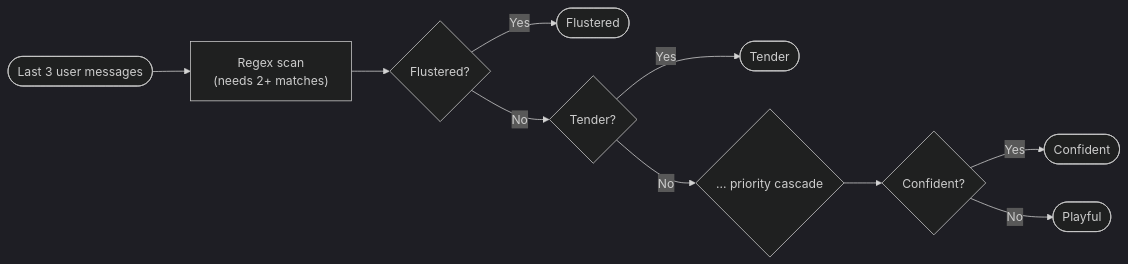
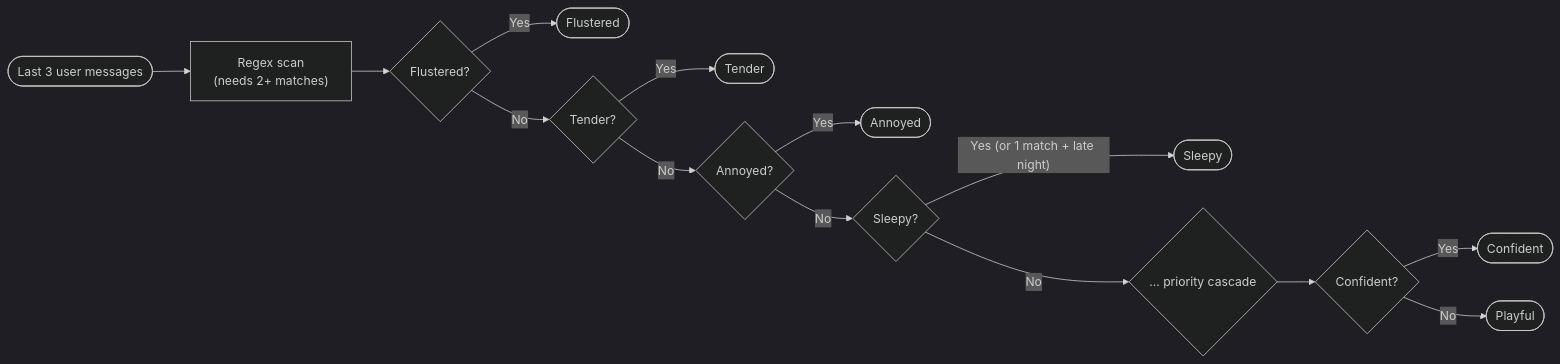
Before and after one commit to AlaskanTuna/rokabot: the sixth of 7 diagrams in README.md, drawn with Mermaid (dark theme). The commit also changed other lines of this file and 3 other files, not shown here.

Commit message:
docs: update README with Phase 7 features, diagrams, and integration test script

````diff
--- a/README.md
+++ b/README.md
@@ -149,12 +186,16 @@
 ```mermaid
 flowchart LR
     Input(["Last 3 user messages"]) --> Scan["Regex scan\n(needs 2+ matches)"]
     Scan --> P1{Flustered?}
     P1 -->|Yes| R1([Flustered])
     P1 -->|No| P2{Tender?}
     P2 -->|Yes| R2([Tender])
-    P2 -->|No| P3{... priority cascade}
-    P3 --> P7{Confident?}
-    P7 -->|Yes| R7([Confident])
-    P7 -->|No| Default([Playful])
+    P2 -->|No| P3{Annoyed?}
+    P3 -->|Yes| R3([Annoyed])
+    P3 -->|No| P4{Sleepy?}
+    P4 -->|"Yes (or 1 match + late night)"| R4([Sleepy])
+    P4 -->|No| P5{... priority cascade}
+    P5 --> P11{Confident?}
+    P11 -->|Yes| R11([Confident])
+    P11 -->|No| Default([Playful])
 ```
````
